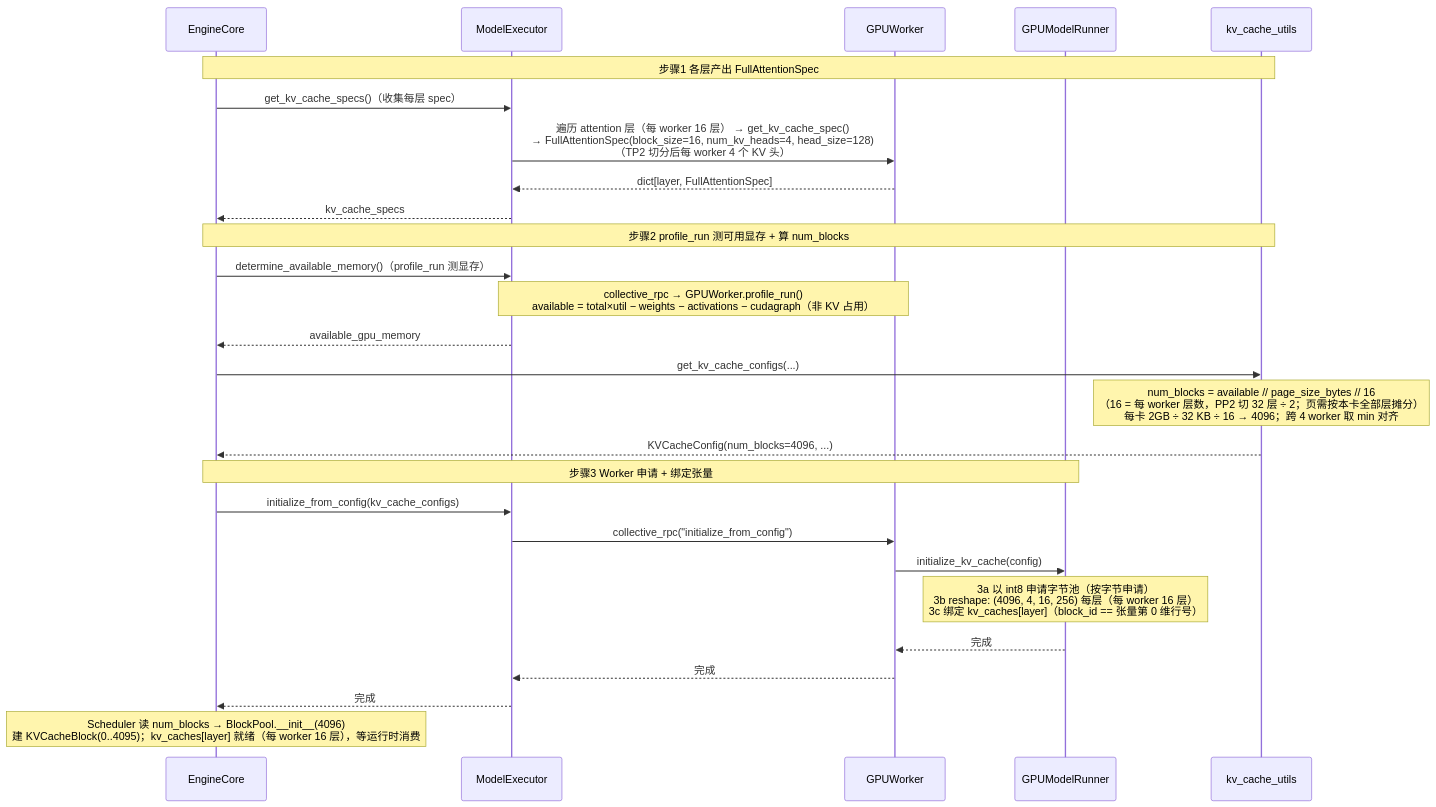
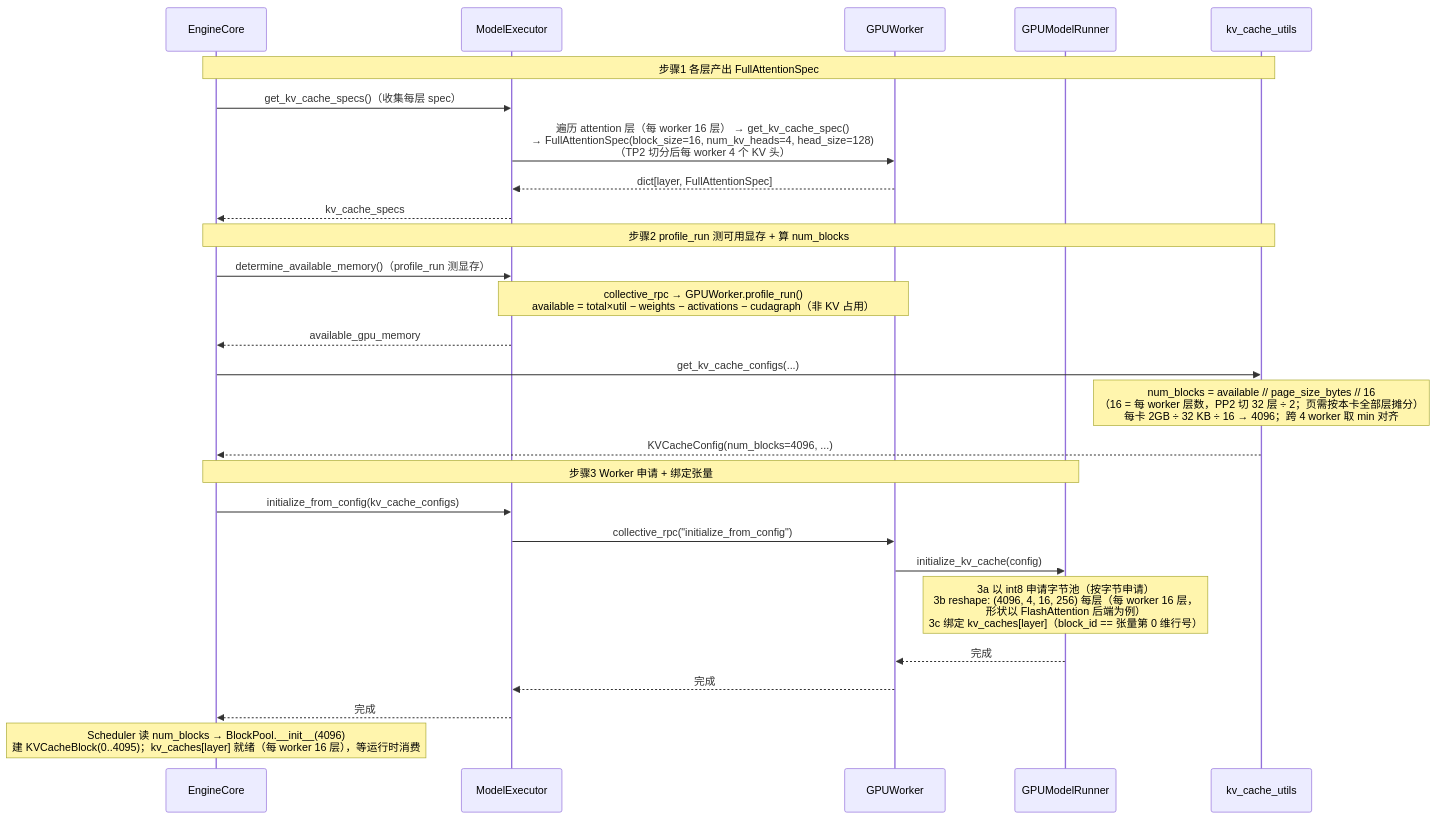
Before and after one commit to GoCHug/vllm: the first of 8 diagrams in vllm/v1/core/kvcache_docs/0_end_to_end_sequence.md, drawn with Mermaid. The commit also changed other lines of this file, not shown here.

````diff
--- a/vllm/v1/core/kvcache_docs/0_end_to_end_sequence.md
+++ b/vllm/v1/core/kvcache_docs/0_end_to_end_sequence.md
@@ -67,34 +67,34 @@
 ```mermaid
 %%{init: {"themeVariables": {"actorFontSize": "11px", "messageFontSize": "11px", "noteFontSize": "11px"}, "sequence": {"actorMargin": 40, "messageMargin": 16, "noteMargin": 8, "boxMargin": 8, "mirrorActors": true}}}%%
 sequenceDiagram
     participant EngineCore
     participant ModelExecutor
     participant GPUWorker
     participant GPUModelRunner
     participant kv_cache_utils
 
     Note over EngineCore,kv_cache_utils: 步骤1 各层产出 FullAttentionSpec
     EngineCore->>ModelExecutor: get_kv_cache_specs()（收集每层 spec）
     ModelExecutor->>GPUWorker: 遍历 attention 层（每 worker 16 层） → get_kv_cache_spec()<br/>→ FullAttentionSpec(block_size=16, num_kv_heads=4, head_size=128)<br/>（TP2 切分后每 worker 4 个 KV 头）
     GPUWorker-->>ModelExecutor: dict[layer, FullAttentionSpec]
     ModelExecutor-->>EngineCore: kv_cache_specs
 
     Note over EngineCore,kv_cache_utils: 步骤2 profile_run 测可用显存 + 算 num_blocks
     EngineCore->>ModelExecutor: determine_available_memory()（profile_run 测显存）
     Note over ModelExecutor,GPUWorker: collective_rpc → GPUWorker.profile_run()<br/>available = total×util − weights − activations − cudagraph（非 KV 占用）
     ModelExecutor-->>EngineCore: available_gpu_memory
     EngineCore->>kv_cache_utils: get_kv_cache_configs(...)
     Note over kv_cache_utils: num_blocks = available // page_size_bytes // 16<br/>（16 = 每 worker 层数，PP2 切 32 层 ÷ 2；页需按本卡全部层摊分）<br/>每卡 2GB ÷ 32 KB ÷ 16 → 4096；跨 4 worker 取 min 对齐
     kv_cache_utils-->>EngineCore: KVCacheConfig(num_blocks=4096, ...)
 
     Note over EngineCore,GPUModelRunner: 步骤3 Worker 申请 + 绑定张量
     EngineCore->>ModelExecutor: initialize_from_config(kv_cache_configs)
     ModelExecutor->>GPUWorker: collective_rpc("initialize_from_config")
     GPUWorker->>GPUModelRunner: initialize_kv_cache(config)
-    Note over GPUModelRunner: 3a 以 int8 申请字节池（按字节申请）<br/>3b reshape: (4096, 4, 16, 256) 每层（每 worker 16 层）<br/>3c 绑定 kv_caches[layer]（block_id == 张量第 0 维行号）
+    Note over GPUModelRunner: 3a 以 int8 申请字节池（按字节申请）<br/>3b reshape: (4096, 4, 16, 256) 每层（每 worker 16 层，<br/>形状以 FlashAttention 后端为例）<br/>3c 绑定 kv_caches[layer]（block_id == 张量第 0 维行号）
 
     GPUModelRunner-->>GPUWorker: 完成
     GPUWorker-->>ModelExecutor: 完成
     ModelExecutor-->>EngineCore: 完成
     Note over EngineCore: Scheduler 读 num_blocks → BlockPool.__init__(4096)<br/>建 KVCacheBlock(0..4095)；kv_caches[layer] 就绪（每 worker 16 层），等运行时消费
 ```
````
